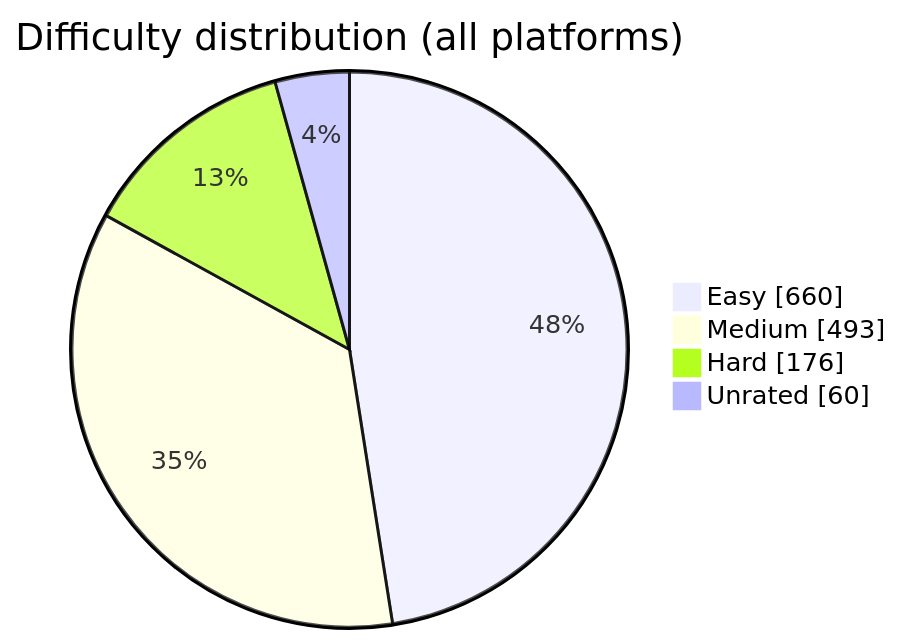
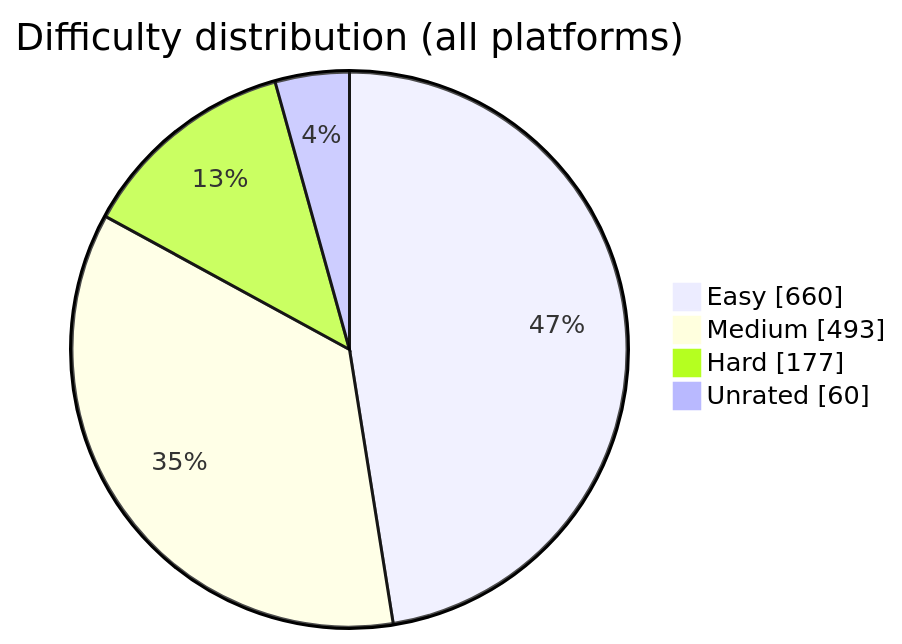
Before and after one commit to BuildbyArindam/Daily-Coding-Log: the diagram in README.md, drawn with Mermaid. The commit also changed other lines of this file, not shown here.

````diff
--- a/README.md
+++ b/README.md
@@ -93,7 +93,7 @@
 ```mermaid
 pie showData title Difficulty distribution (all platforms)
     "Easy" : 660
     "Medium" : 493
-    "Hard" : 176
+    "Hard" : 177
     "Unrated" : 60
 ```
````
